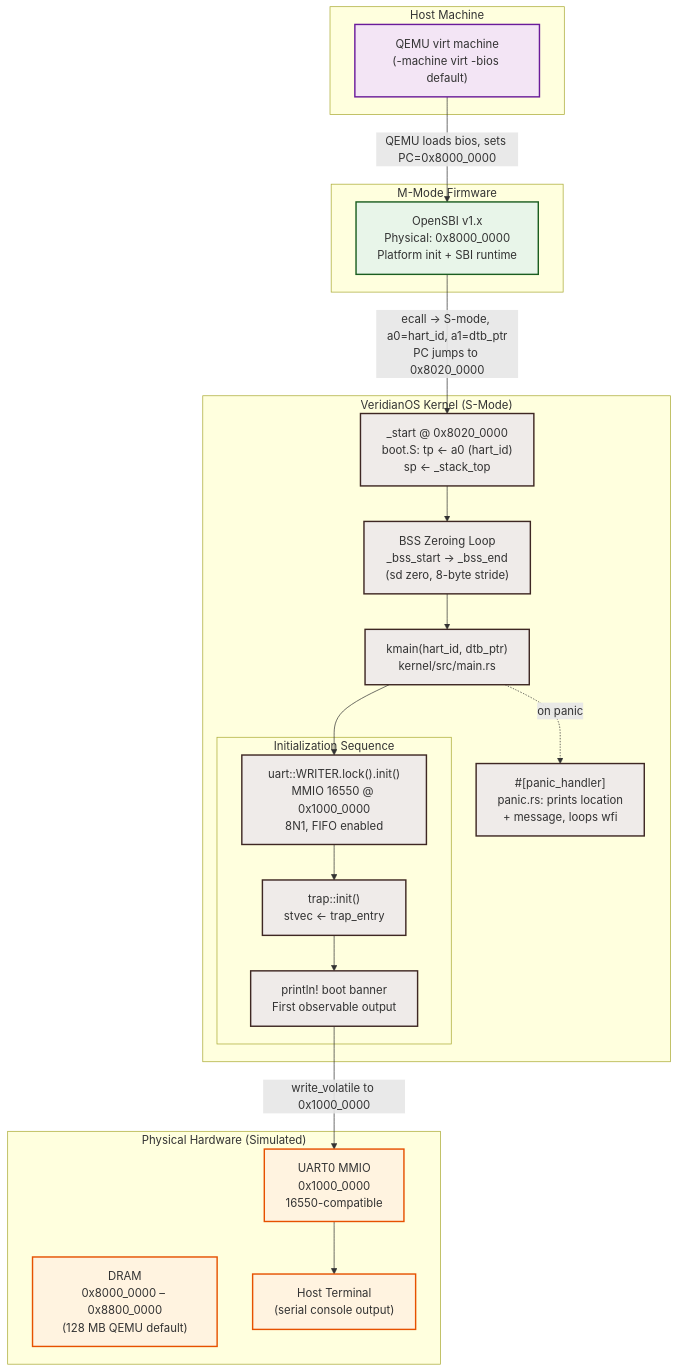
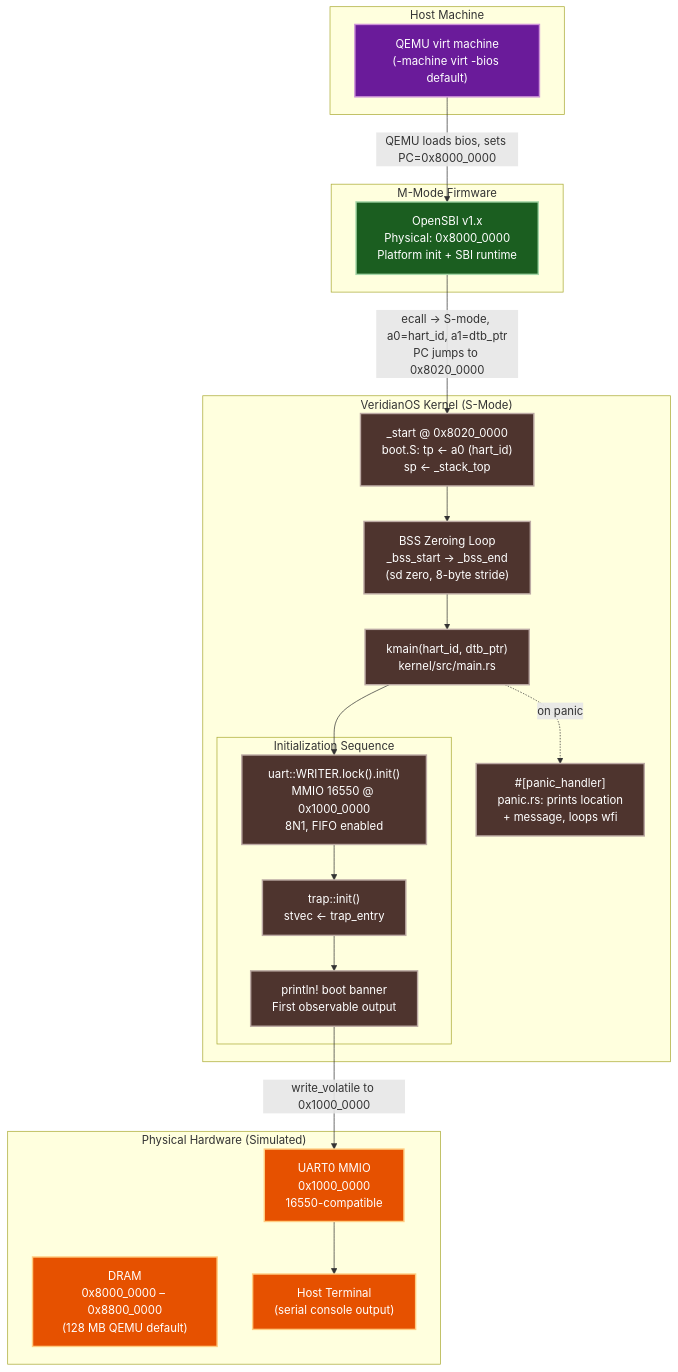
The diagram in docs/PHASE_01_DESIGN.md (hanvith6/VeridianOS), drawn with Mermaid before and after one commit. The commit also changed 9 other files, not shown here.

Commit message:
docs: fix mermaid classDef contrast — dark fills + white text across all phase diagrams

````diff
--- a/docs/PHASE_01_DESIGN.md
+++ b/docs/PHASE_01_DESIGN.md
@@ -23,51 +23,51 @@
 ```mermaid
 graph TD
     subgraph Host ["Host Machine"]
         QEMU["QEMU virt machine\n(-machine virt -bios default)"]
     end
 
     subgraph Mmode ["M-Mode Firmware"]
         OpenSBI["OpenSBI v1.x\nPhysical: 0x8000_0000\nPlatform init + SBI runtime"]
     end
 
     subgraph Smode ["VeridianOS Kernel (S-Mode)"]
         Entry["_start @ 0x8020_0000\nboot.S: tp ← a0 (hart_id)\nsp ← _stack_top"]
         BSS["BSS Zeroing Loop\n_bss_start → _bss_end\n(sd zero, 8-byte stride)"]
         Rust["kmain(hart_id, dtb_ptr)\nkernel/src/main.rs"]
 
         subgraph Init ["Initialization Sequence"]
             UART["uart::WRITER.lock().init()\nMMIO 16550 @ 0x1000_0000\n8N1, FIFO enabled"]
             Trap["trap::init()\nstvec ← trap_entry"]
             Banner["println! boot banner\nFirst observable output"]
         end
 
         Panic["#[panic_handler]\npanic.rs: prints location\n+ message, loops wfi"]
     end
 
     subgraph Hardware ["Physical Hardware (Simulated)"]
         DRAM["DRAM\n0x8000_0000 – 0x8800_0000\n(128 MB QEMU default)"]
         UART0["UART0 MMIO\n0x1000_0000\n16550-compatible"]
         Terminal["Host Terminal\n(serial console output)"]
     end
 
     QEMU -->|"QEMU loads bios, sets PC=0x8000_0000"| OpenSBI
     OpenSBI -->|"ecall → S-mode, a0=hart_id, a1=dtb_ptr\nPC jumps to 0x8020_0000"| Entry
     Entry --> BSS
     BSS --> Rust
     Rust --> UART
     UART --> Trap
     Trap --> Banner
     Banner -->|"write_volatile to 0x1000_0000"| UART0
     UART0 --> Terminal
     Rust -.->|"on panic"| Panic
 
-    classDef host fill:#f3e5f5,stroke:#6a1b9a,stroke-width:2px;
-    classDef firmware fill:#e8f5e9,stroke:#1b5e20,stroke-width:2px;
-    classDef kernel fill:#efebe9,stroke:#3e2723,stroke-width:2px;
-    classDef hw fill:#fff3e0,stroke:#e65100,stroke-width:2px;
+    classDef host fill:#6a1b9a,stroke:#ce93d8,color:#ffffff,stroke-width:2px;
+    classDef firmware fill:#1b5e20,stroke:#a5d6a7,color:#ffffff,stroke-width:2px;
+    classDef kernel fill:#4e342e,stroke:#bcaaa4,color:#ffffff,stroke-width:2px;
+    classDef hw fill:#e65100,stroke:#ffcc80,color:#ffffff,stroke-width:2px;
 
     class QEMU host;
     class OpenSBI firmware;
     class Entry,BSS,Rust,UART,Trap,Banner,Panic kernel;
     class DRAM,UART0,Terminal hw;
 ```
````
